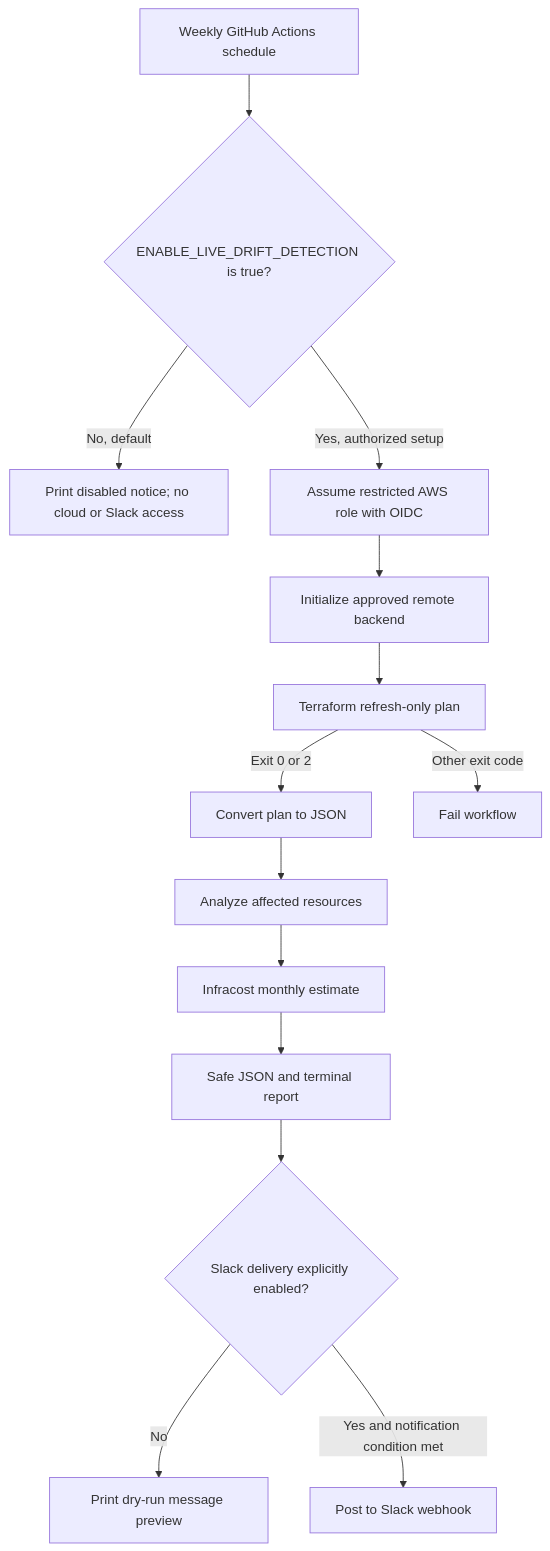
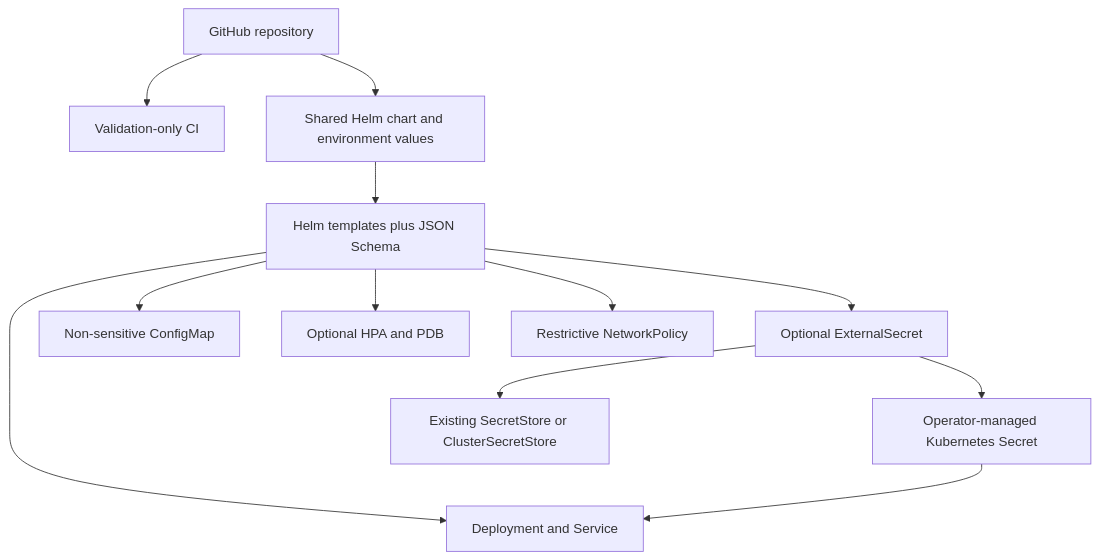
Before and after one commit to oguduf/coding-clinic: the diagram in README.md, drawn with Mermaid. The commit also changed other lines of this file and 30 other files, not shown here.

Commit message:
Add reusable Helm chart lab

````diff
--- a/README.md
+++ b/README.md
@@ -17,16 +19,14 @@
 ```mermaid
 flowchart TD
-  Schedule[Weekly GitHub Actions schedule] --> Gate{ENABLE_LIVE_DRIFT_DETECTION is true?}
-  Gate -->|No, default| Safe[Print disabled notice; no cloud or Slack access]
-  Gate -->|Yes, authorized setup| OIDC[Assume restricted AWS role with OIDC]
-  OIDC --> Backend[Initialize approved remote backend]
-  Backend --> Plan[Terraform refresh-only plan]
-  Plan -->|Exit 0 or 2| JSON[Convert plan to JSON]
-  Plan -->|Other exit code| Error[Fail workflow]
-  JSON --> Analyze[Analyze affected resources]
-  Analyze --> Cost[Infracost monthly estimate]
-  Cost --> Report[Safe JSON and terminal report]
-  Report --> Slack{Slack delivery explicitly enabled?}
-  Slack -->|No| Preview[Print dry-run message preview]
-  Slack -->|Yes and notification condition met| Notify[Post to Slack webhook]
+  Repo[GitHub repository] --> CI[Validation-only CI]
+  Repo --> Values[Shared Helm chart and environment values]
+  Values --> Templates[Helm templates plus JSON Schema]
+  Templates --> Deployment[Deployment and Service]
+  Templates --> Config[Non-sensitive ConfigMap]
+  Templates --> Scaling[Optional HPA and PDB]
+  Templates --> Network[Restrictive NetworkPolicy]
+  Templates --> ESO[Optional ExternalSecret]
+  ESO --> Store[Existing SecretStore or ClusterSecretStore]
+  ESO --> K8sSecret[Operator-managed Kubernetes Secret]
+  K8sSecret --> Deployment
 ```
````
